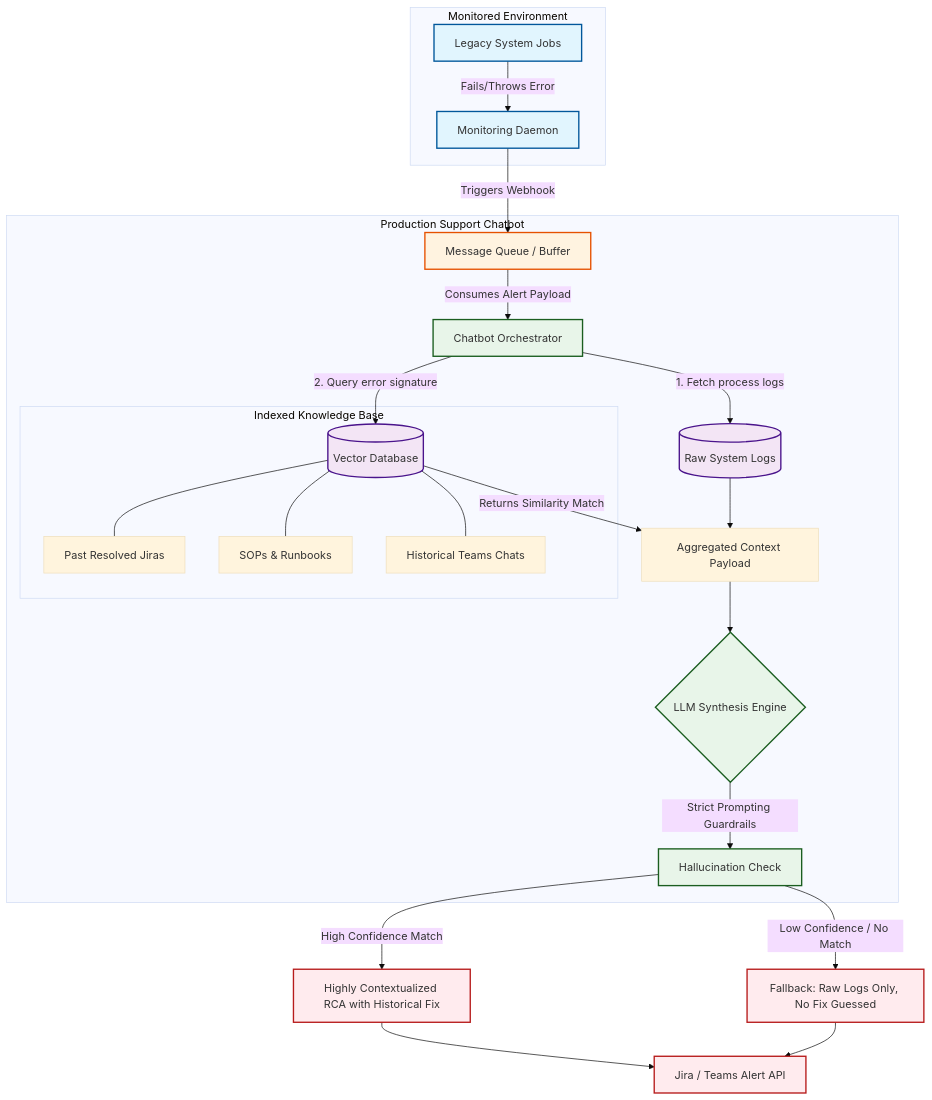
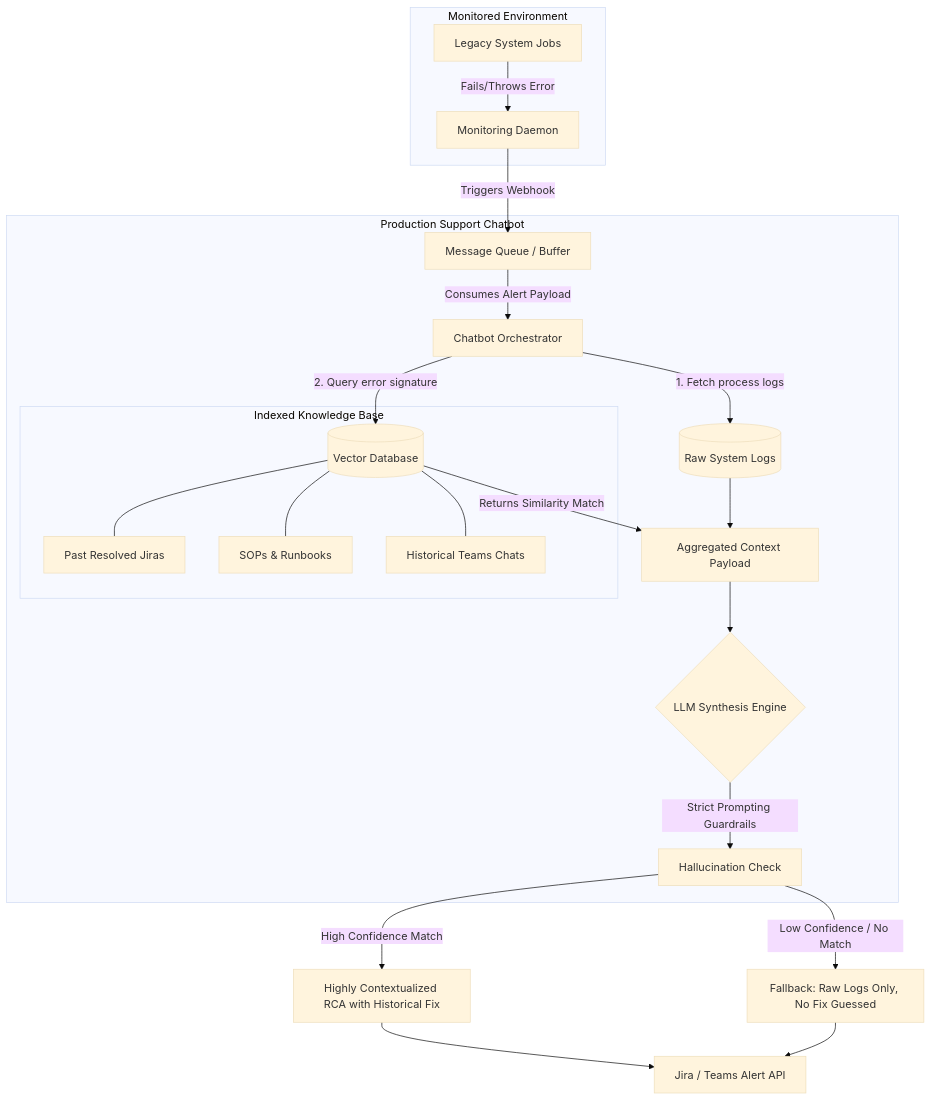
The diagram in notes/lumn.md (IshanDigra/ShadowDocs), drawn with Mermaid (base theme) before and after one commit. The commit also changed 9 other files, not shown here.

First line of the commit message:
Beautify Mermaid and apply taste-skill UI design

````diff
--- a/notes/lumn.md
+++ b/notes/lumn.md
@@ -39,40 +39,35 @@
 ```mermaid
 flowchart TD
     %% Define styles
-    classDef system fill:#e1f5fe,stroke:#01579b,stroke-width:2px
-    classDef queue fill:#fff3e0,stroke:#e65100,stroke-width:2px
-    classDef agent fill:#e8f5e9,stroke:#1b5e20,stroke-width:2px
-    classDef data fill:#f3e5f5,stroke:#4a148c,stroke-width:2px
-    classDef output fill:#ffebee,stroke:#b71c1c,stroke-width:2px
 
     subgraph Monitored Environment
-        App[Legacy System Jobs]:::system -->|Fails/Throws Error| Procmon[Monitoring Daemon]:::system
+        App[Legacy System Jobs] -->|Fails/Throws Error| Procmon[Monitoring Daemon]
     end
 
-    Procmon -->|Triggers Webhook| MQ[Message Queue / Buffer]:::queue
+    Procmon -->|Triggers Webhook| MQ[Message Queue / Buffer]
 
     subgraph Production Support Chatbot
-        MQ -->|Consumes Alert Payload| Pipeline[Chatbot Orchestrator]:::agent
+        MQ -->|Consumes Alert Payload| Pipeline[Chatbot Orchestrator]
         
-        Pipeline -->|1. Fetch process logs| Logs[(Raw System Logs)]:::data
-        Pipeline -->|2. Query error signature| VDB[(Vector Database)]:::data
+        Pipeline -->|1. Fetch process logs| Logs[(Raw System Logs)]
+        Pipeline -->|2. Query error signature| VDB[(Vector Database)]
         
         subgraph Indexed Knowledge Base
             VDB --- Jiras[Past Resolved Jiras]
             VDB --- Runbooks[SOPs & Runbooks]
             VDB --- Chats[Historical Teams Chats]
         end
         
         Logs --> Context[Aggregated Context Payload]
         VDB -->|Returns Similarity Match| Context
         
-        Context --> LLM{LLM Synthesis Engine}:::agent
-        LLM -->|Strict Prompting Guardrails| Guardrails[Hallucination Check]:::agent
+        Context --> LLM{LLM Synthesis Engine}
+        LLM -->|Strict Prompting Guardrails| Guardrails[Hallucination Check]
     end
 
-    Guardrails -->|High Confidence Match| RCA[Highly Contextualized RCA with Historical Fix]:::output
-    Guardrails -->|Low Confidence / No Match| Raw[Fallback: Raw Logs Only, No Fix Guessed]:::output
+    Guardrails -->|High Confidence Match| RCA[Highly Contextualized RCA with Historical Fix]
+    Guardrails -->|Low Confidence / No Match| Raw[Fallback: Raw Logs Only, No Fix Guessed]
     
-    RCA --> JiraAPI[Jira / Teams Alert API]:::output
+    RCA --> JiraAPI[Jira / Teams Alert API]
     Raw --> JiraAPI
 ```
````
